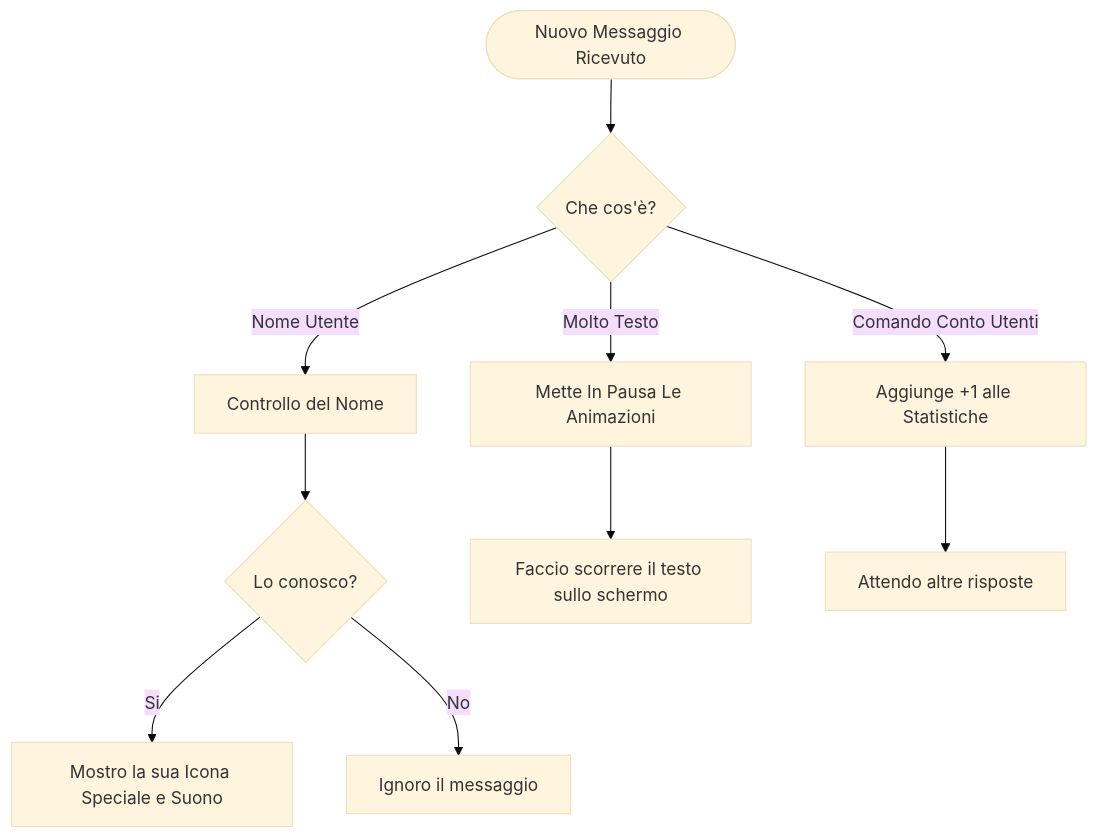
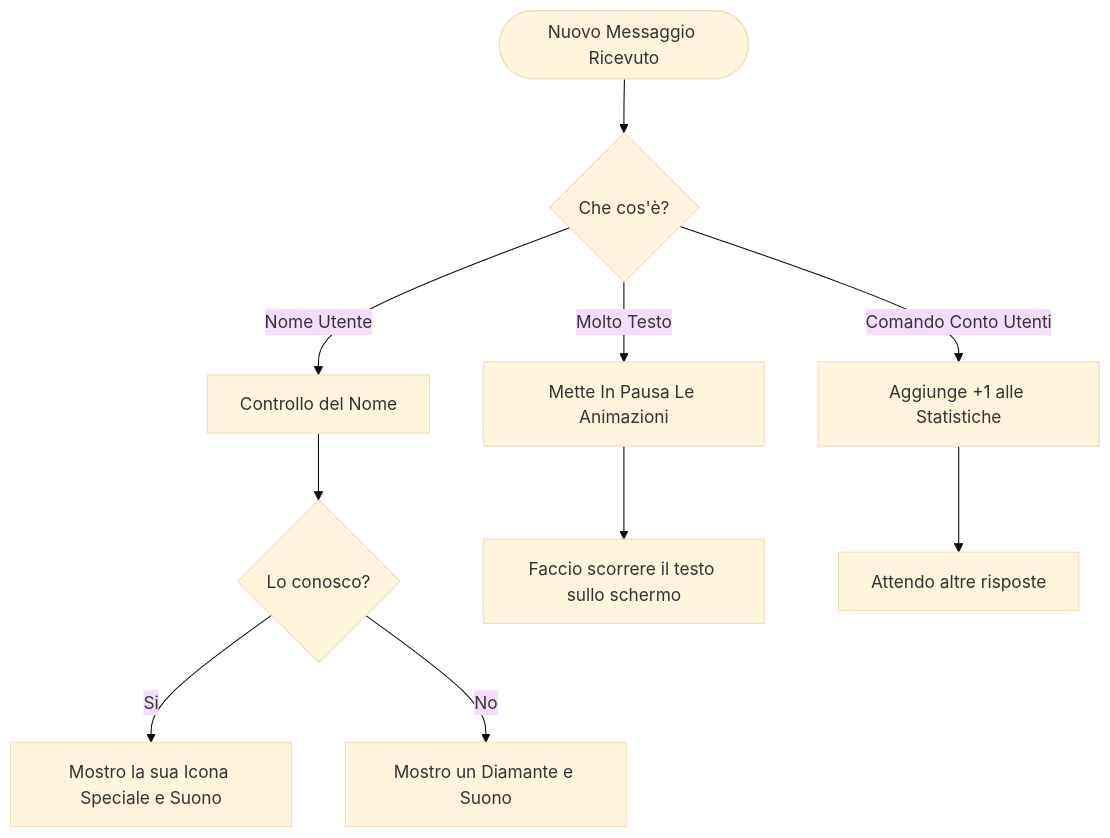
Before and after one commit to pgiudici13/MicrobitRadiov3: the second of 4 diagrams in README.md, drawn with Mermaid (base theme). The commit also changed other lines of this file and 2 other files, not shown here.

````diff
--- a/README.md
+++ b/README.md
@@ -53,14 +53,14 @@
 ```mermaid
 flowchart TD
     A([Nuovo Messaggio Ricevuto]) --> B{Che cos'è?}
     B -- Nome Utente --> C[Controllo del Nome]
     B -- Molto Testo --> D[Mette In Pausa Le Animazioni]
     B -- Comando Conto Utenti --> E[Aggiunge +1 alle Statistiche]
     
     C --> F{Lo conosco?}
     F -- Si --> G[Mostro la sua Icona Speciale e Suono]
-    F -- No --> H[Ignoro il messaggio]
+    F -- No --> H[Mostro un Diamante e Suono]
     
     D --> I[Faccio scorrere il testo sullo schermo]
     E --> J[Attendo altre risposte]
 ```
````
